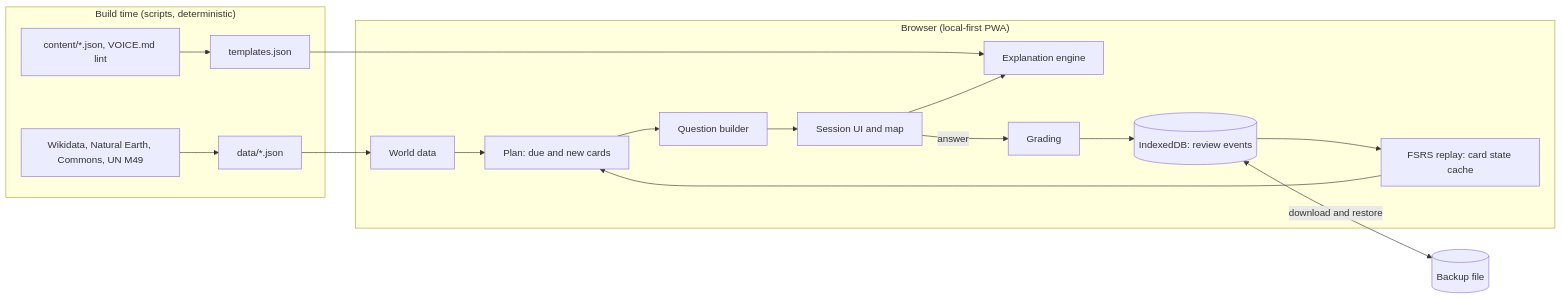
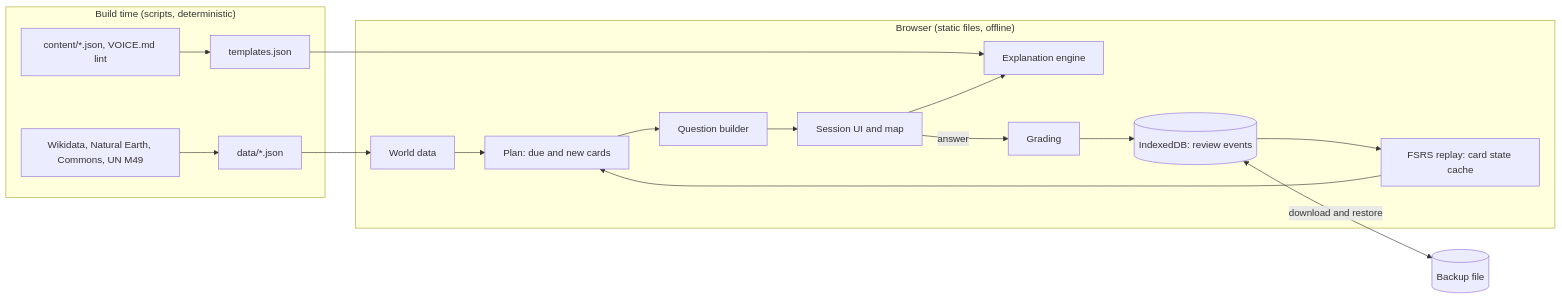
One commit to DIZAMU/GeoDex changed the diagram in README.md. Above: the diagram before and after it, drawn with Mermaid. The commit also changed other lines of this file and 25 other files, not shown here.

````diff
--- a/README.md
+++ b/README.md
@@ -52,18 +46,18 @@
 ```mermaid
 flowchart LR
   subgraph Build["Build time (scripts, deterministic)"]
     WD[Wikidata, Natural Earth, Commons, UN M49] --> DB[data/*.json]
     CT[content/*.json, VOICE.md lint] --> TPL[templates.json]
   end
-  subgraph App["Browser (local-first PWA)"]
+  subgraph App["Browser (static files, offline)"]
     DB --> W[World data]
     TPL --> X[Explanation engine]
     W --> P[Plan: due and new cards]
     E[(IndexedDB: review events)] --> S[FSRS replay: card state cache]
     S --> P
     P --> Q[Question builder] --> UI[Session UI and map]
     UI -->|answer| G[Grading] --> E
     UI --> X
   end
   E <-->|download and restore| BF[(Backup file)]
 ```
````
